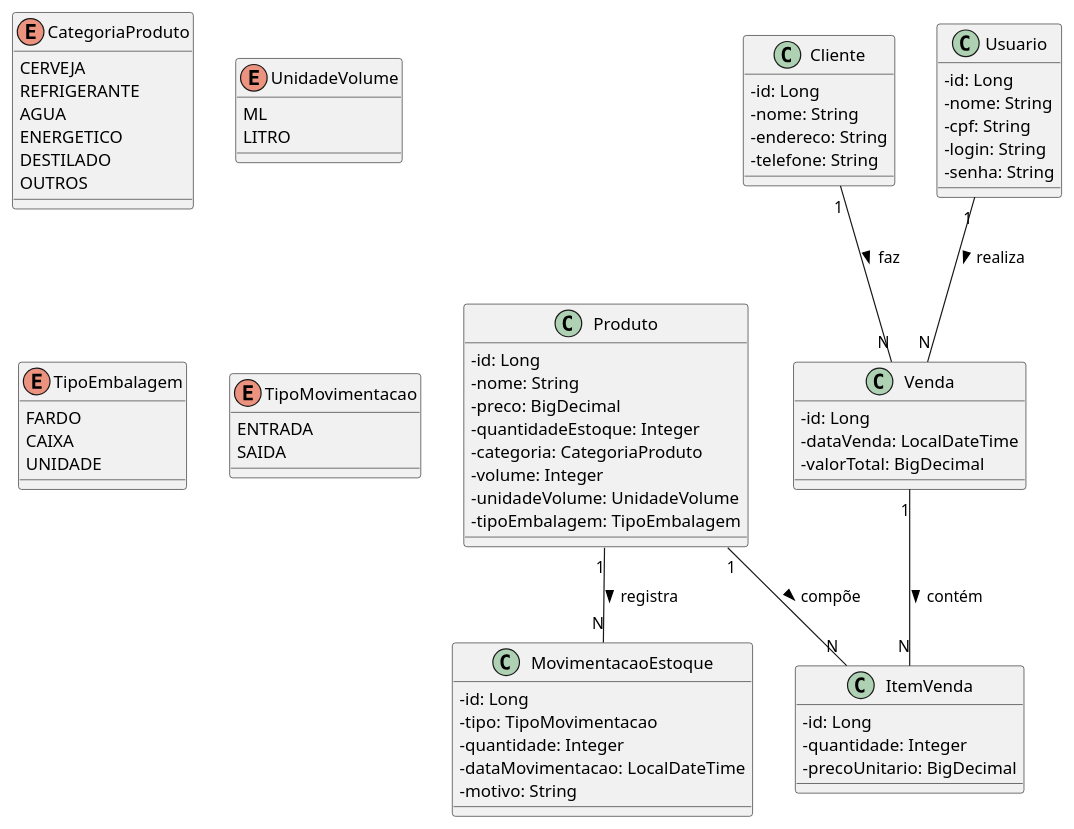
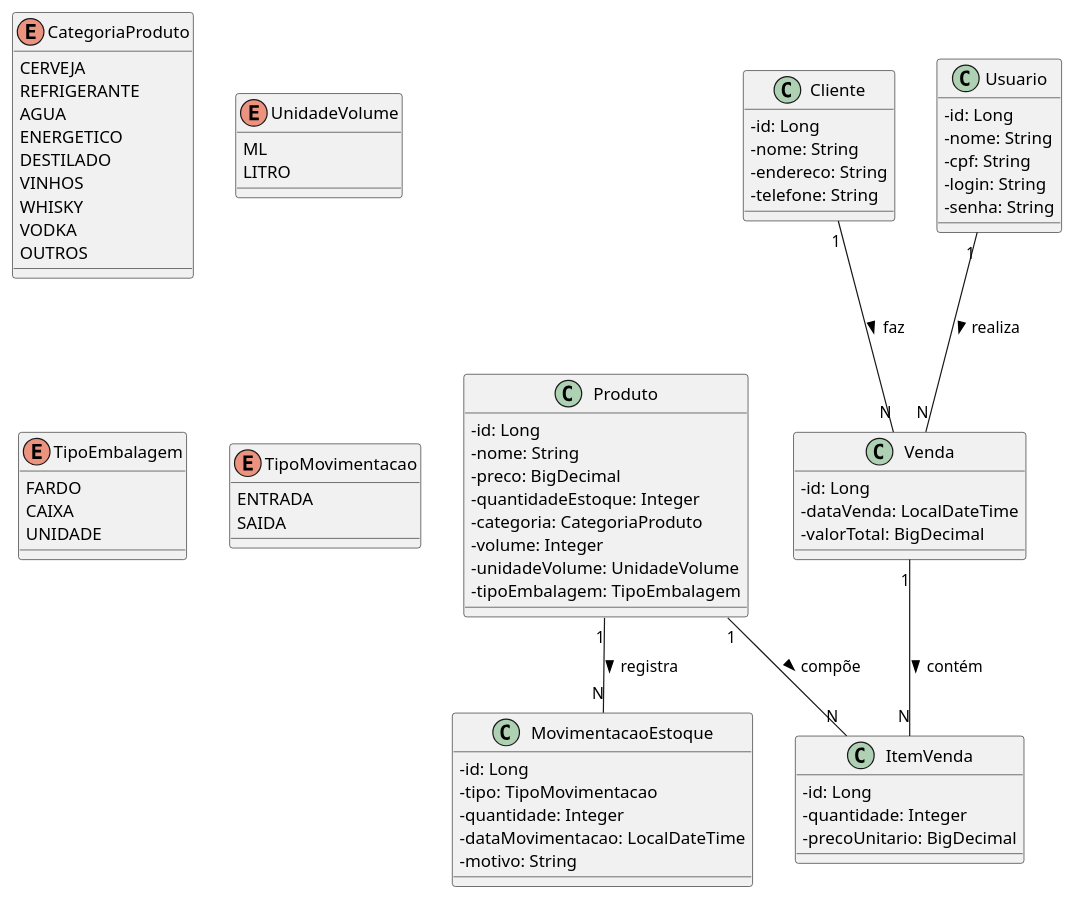
The diagram in app/diagrama.plantuml (neyadrian/geladao-bebidas), drawn with PlantUML before and after one commit. The commit also changed 1 other file, not shown here.

```diff
--- a/app/diagrama.plantuml
+++ b/app/diagrama.plantuml
@@ -1,81 +1,84 @@
 @startuml
 skinparam classAttributeIconSize 0
 
 class Produto {
   - id: Long
   - nome: String
   - preco: BigDecimal
   - quantidadeEstoque: Integer
   - categoria: CategoriaProduto
   - volume: Integer
   - unidadeVolume: UnidadeVolume
   - tipoEmbalagem: TipoEmbalagem
 }
 
 class Cliente {
   - id: Long
   - nome: String
   - endereco: String
   - telefone: String
 }
 
 class Usuario {
   - id: Long
   - nome: String
   - cpf: String
   - login: String
   - senha: String
 }
 
 class Venda {
   - id: Long
   - dataVenda: LocalDateTime
   - valorTotal: BigDecimal
 }
 
 class ItemVenda {
   - id: Long
   - quantidade: Integer
   - precoUnitario: BigDecimal
 }
 
 class MovimentacaoEstoque {
   - id: Long
   - tipo: TipoMovimentacao
   - quantidade: Integer
   - dataMovimentacao: LocalDateTime
   - motivo: String
 }
 
 enum CategoriaProduto {
   CERVEJA
   REFRIGERANTE
   AGUA
   ENERGETICO
   DESTILADO
+  VINHOS
+  WHISKY
+  VODKA
   OUTROS
 }
 
 enum UnidadeVolume {
   ML
   LITRO
 }
 
 enum TipoEmbalagem {
   FARDO
   CAIXA
   UNIDADE
 }
 
 enum TipoMovimentacao {
   ENTRADA
   SAIDA
 }
 
 Cliente "1" -- "N" Venda : faz >
 Usuario "1" -- "N" Venda : realiza >
 Venda "1" -- "N" ItemVenda : contém >
 Produto "1" -- "N" ItemVenda : compõe >
 Produto "1" -- "N" MovimentacaoEstoque : registra >
 
 @enduml
```
